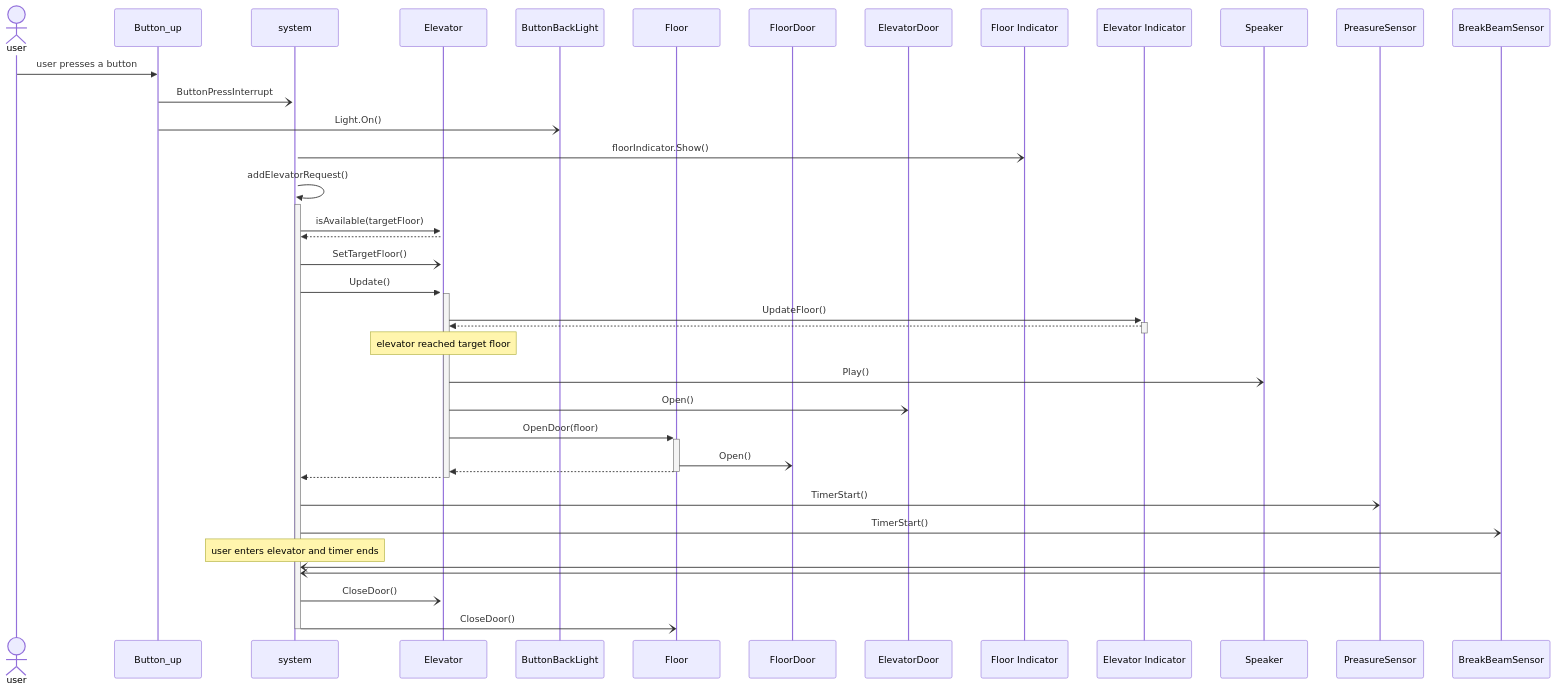
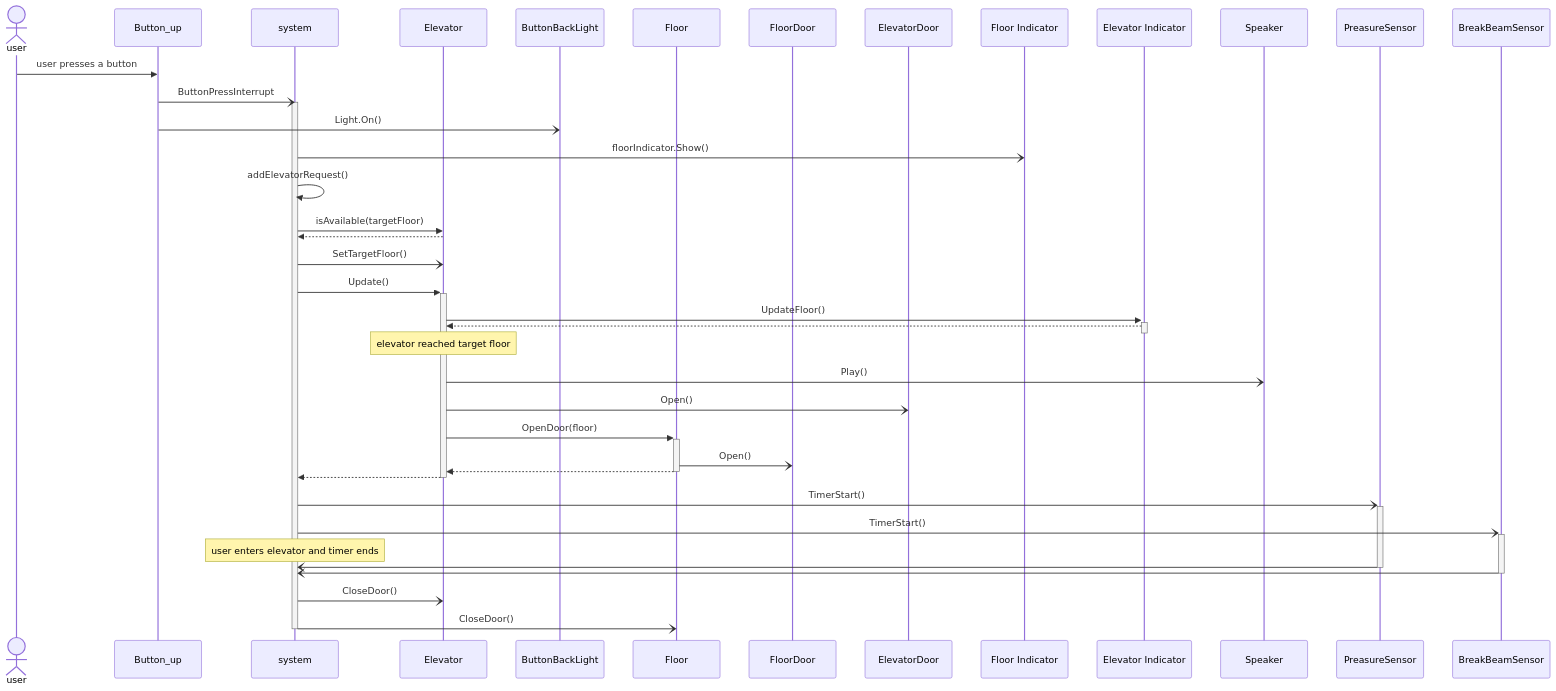
Before and after one commit to gamepro110/t-db3-2324nj: the diagram in notes/SD/challenge_2_elevator/sequence diagram.md, drawn with Mermaid. The commit also changed other lines of this file and 21 other files, not shown here.

````diff
--- a/notes/SD/challenge_2_elevator/sequence diagram.md
+++ b/notes/SD/challenge_2_elevator/sequence diagram.md
@@ -11,63 +11,64 @@
 ```mermaid
 sequenceDiagram
 
 %%TODO fix order when done
 actor U as user
-participant B as Button_up 
+participant B as Button_up
 participant S as system
 participant E as Elevator
 participant L as ButtonBackLight
 participant F as Floor
 participant Df as FloorDoor
 participant De as ElevatorDoor
 participant If as Floor Indicator
 participant Ie as Elevator Indicator
 participant SP as Speaker
 participant P as PreasureSensor
 participant Bb as BreakBeamSensor
 
 %% ----------------------------------------
 
 %% start user interaction
 U ->> B: user presses a button
-B -)+ S: ButtonPressInterrupt
+B -) S: ButtonPressInterrupt
+activate S
 B -) L : Light.On()
 S -) If : floorIndicator.Show()
 S ->> S : addElevatorRequest()
-activate S
 
-S ->>+ E : isAvailable(targetFloor)
+
+S ->> E : isAvailable(targetFloor)
 %% empty on purpose
-E -->> S : 
+E -->> S :
 S -) E : SetTargetFloor()
 S ->>+ E : Update()
 
 E ->>+ Ie : UpdateFloor()
 %% empty on purpose
-Ie -->>- E : 
+Ie -->>- E :
 
 %% elevator reaches target
 %%E ->> E : floorReached()
 note over E : elevator reached target floor
 E -) SP : Play()
 E -) De : Open()
 E ->>+ F : OpenDoor(floor)
 F -) Df : Open()
-F -->>- E : 
+F -->>- E :
 
 %% empty on purpose
-E -->>- S : 
+E -->>- S :
 
 %% start door timer
-S -) P : TimerStart()
-S -) Bb : TimerStart()
+S -)+ P : TimerStart()
+S -)+ Bb : TimerStart()
 
 %% close door at end of timer
 note over S : user enters elevator and timer ends
-P -) S : 
-Bb -) S : 
+P -)- S :
+Bb -)- S :
 S -) E : CloseDoor()
 S -) F : CloseDoor()
 deactivate S
-%%S -->>- B : 
+
 ```
````
